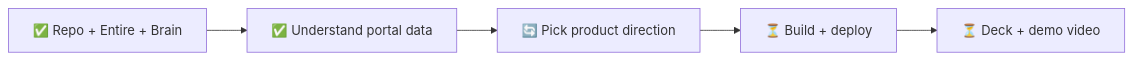
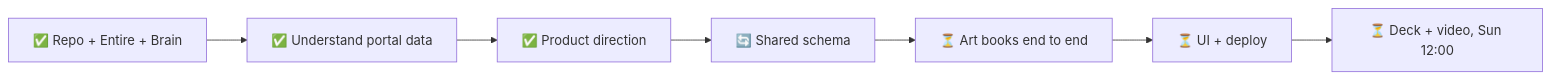
The diagram in PROGRESS.md (KiraKami-dev/ask-soony), drawn with Mermaid before and after one commit. The commit also changed other lines of this file and 2 other files, not shown here.

````diff
--- a/PROGRESS.md
+++ b/PROGRESS.md
@@ -6,4 +6,4 @@
 ```mermaid
 flowchart LR
-  A[✅ Repo + Entire + Brain] --> B[✅ Understand portal data] --> C[🔄 Pick product direction] --> D[⏳ Build + deploy] --> E[⏳ Deck + demo video]
+  A[✅ Repo + Entire + Brain] --> B[✅ Understand portal data] --> C[✅ Product direction] --> D[🔄 Shared schema] --> E[⏳ Art books end to end] --> F[⏳ UI + deploy] --> G[⏳ Deck + video, Sun 12:00]
 ```
````
